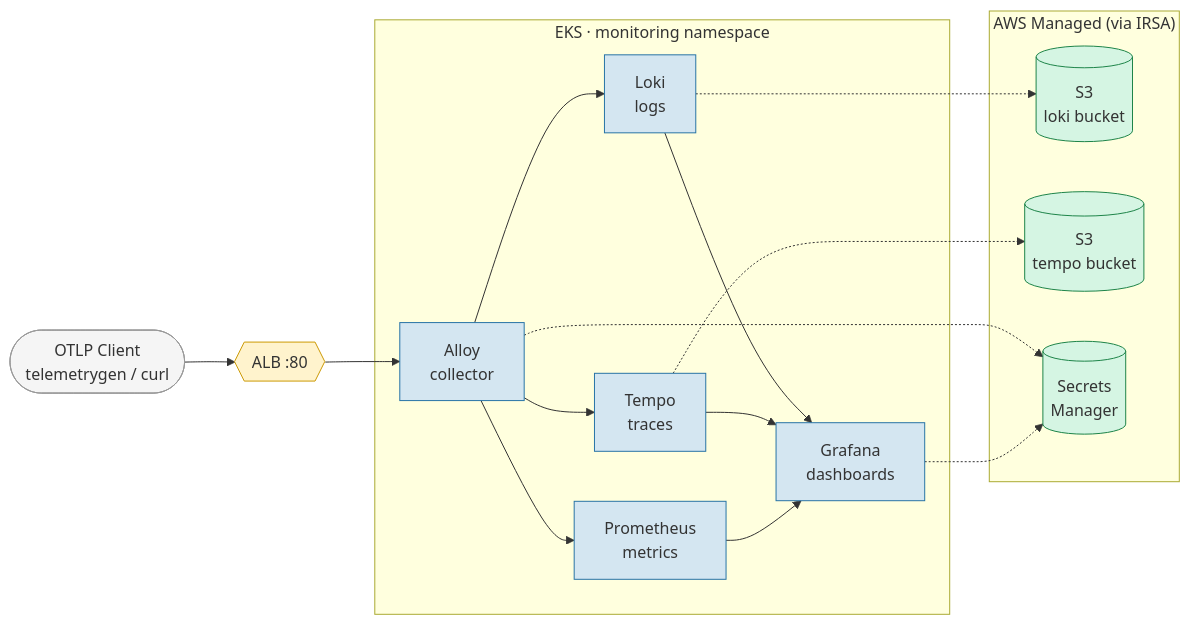
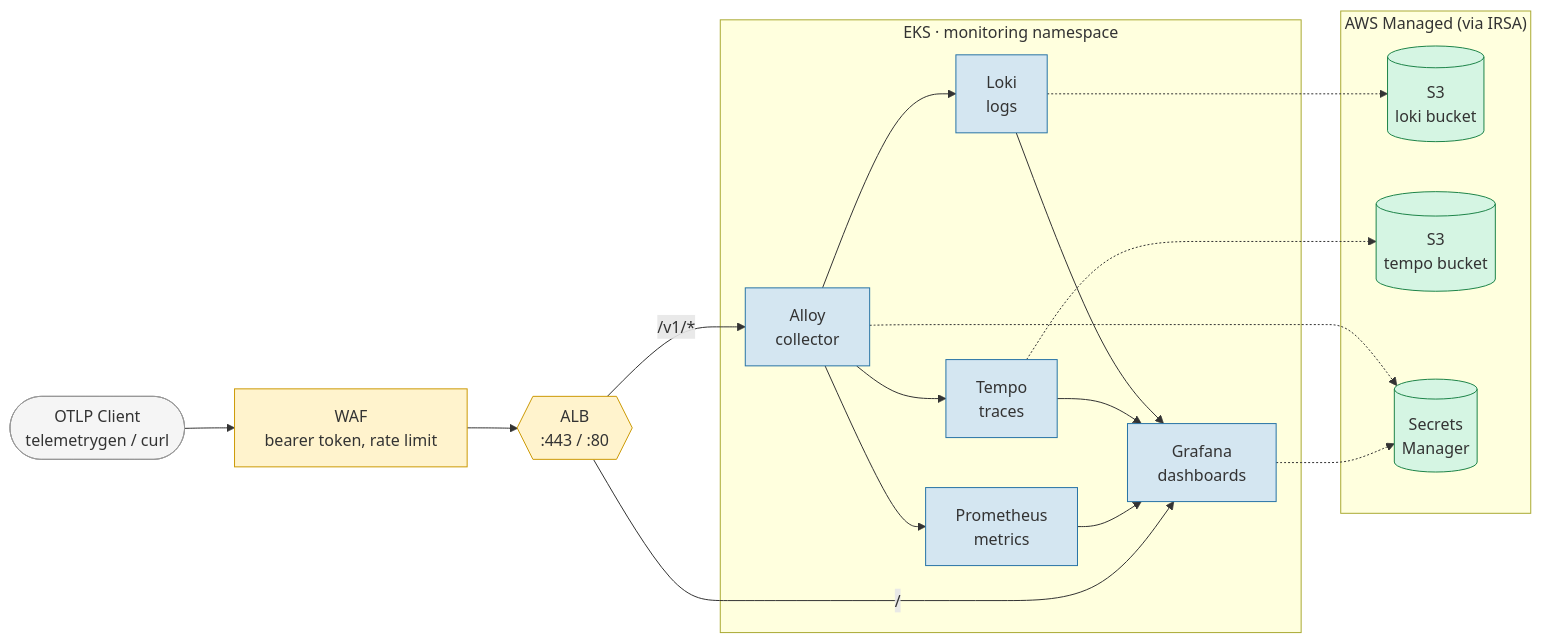
Before and after one commit to namhngo/Terraform-infra-setup: the diagram in observability/README.md, drawn with Mermaid. The commit also changed other lines of this file and 2 other files, not shown here.

````diff
--- a/observability/README.md
+++ b/observability/README.md
@@ -16,36 +15,38 @@
 ```mermaid
 flowchart LR
     Client(["OTLP Client\ntelemetrygen / curl"]):::external
-    ALB{{"ALB :80"}}:::edge
+    WAF["WAF\nbearer token, rate limit"]:::edge
+    ALB{{"ALB\n:443 / :80"}}:::edge
 
-    Client --> ALB
+    Client --> WAF --> ALB
 
     subgraph eks["EKS · monitoring namespace"]
         Alloy["Alloy\ncollector"]:::compute
         Loki["Loki\nlogs"]:::compute
         Tempo["Tempo\ntraces"]:::compute
         Prom["Prometheus\nmetrics"]:::compute
         Graf["Grafana\ndashboards"]:::compute
 
         Alloy --> Loki & Tempo & Prom
         Loki & Tempo & Prom --> Graf
     end
 
-    ALB --> Alloy
+    ALB -->|/v1/*| Alloy
+    ALB -->|/| Graf
 
     subgraph aws["AWS Managed (via IRSA)"]
         S3L[("S3\nloki bucket")]:::storage
         S3T[("S3\ntempo bucket")]:::storage
         Secrets[("Secrets\nManager")]:::storage
     end
 
     Loki -.-> S3L
     Tempo -.-> S3T
     Alloy -.-> Secrets
     Graf -.-> Secrets
 
     classDef external fill:#f5f5f5,stroke:#999999,color:#333333
     classDef edge fill:#fff3cd,stroke:#cc9a06,color:#333333
     classDef compute fill:#d4e6f1,stroke:#2874a6,color:#333333
     classDef storage fill:#d5f5e3,stroke:#1e8449,color:#333333
 ```
````
